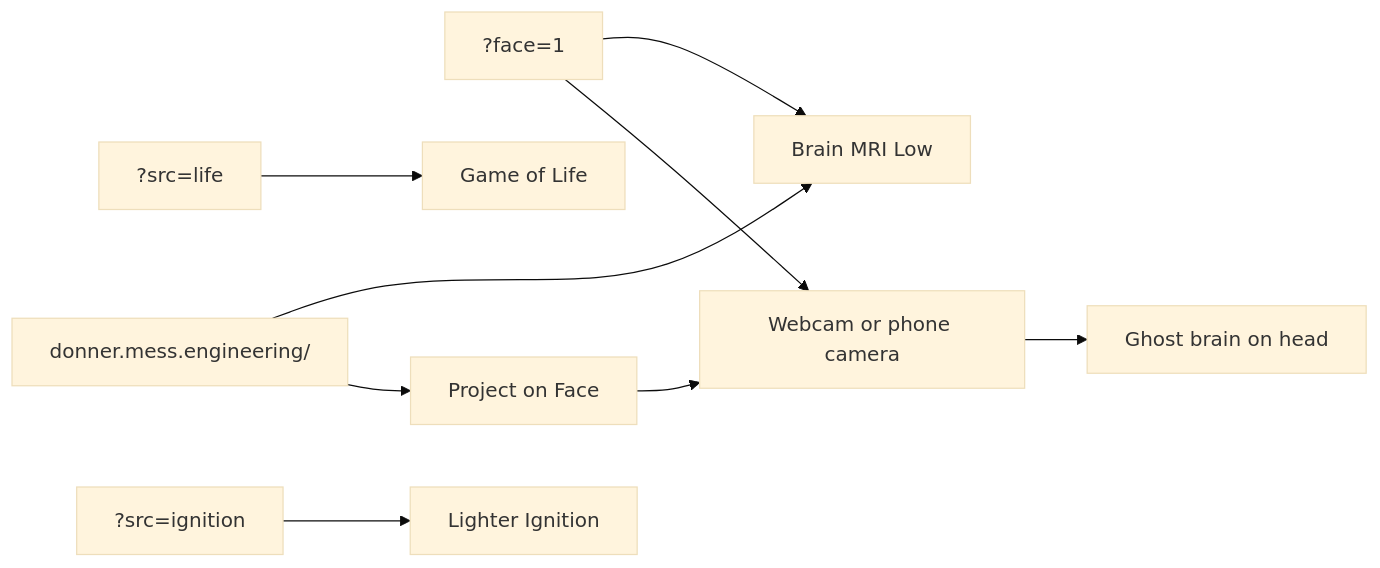
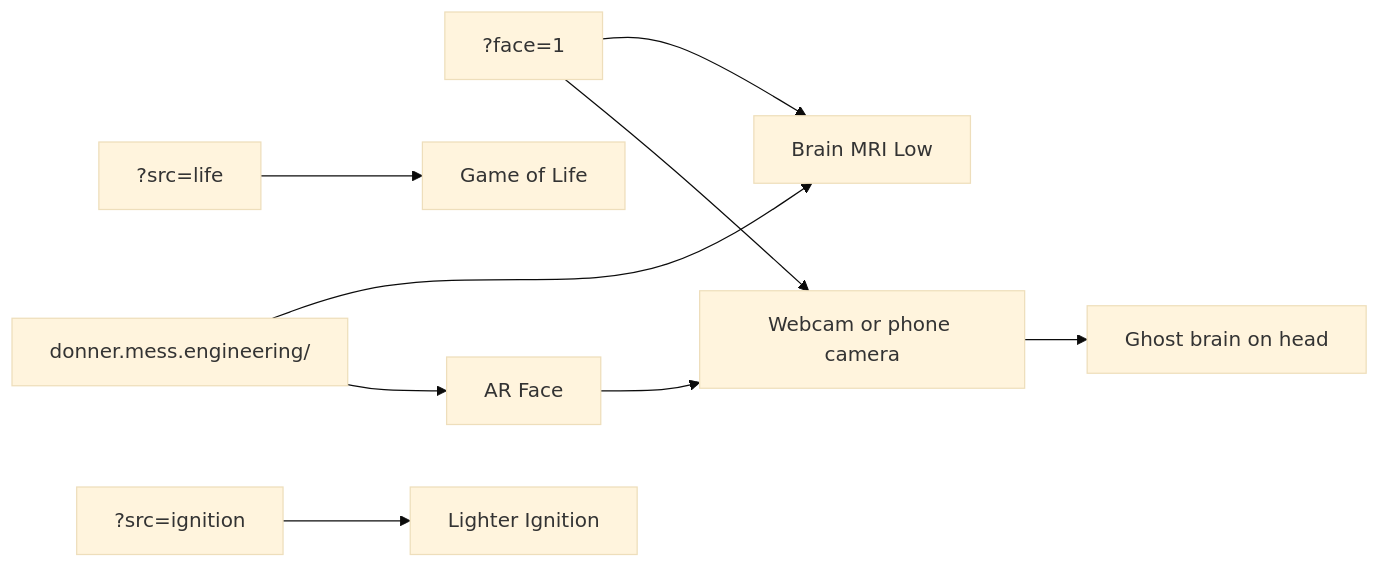
Before and after one commit to PiMaV/DONNER: the third of 4 diagrams in docs/welcome.md, drawn with Mermaid (base theme). The commit also changed other lines of this file and 41 other files, not shown here.

````diff
--- a/docs/welcome.md
+++ b/docs/welcome.md
@@ -106,20 +106,20 @@
 ```mermaid
 flowchart LR
   bare["donner.mess.engineering/"]
   life["?src=life"]
   ign["?src=ignition"]
   faceQ["?face=1"]
   brain[Brain MRI Low]
   gol[Game of Life]
   lighter[Lighter Ignition]
-  faceBtn[Project on Face]
+  faceBtn[AR Face]
   cam[Webcam or phone camera]
   bare --> brain
   bare --> faceBtn
   faceQ --> brain
   faceQ --> cam
   life --> gol
   ign --> lighter
   faceBtn --> cam
   cam --> overlay[Ghost brain on head]
 ```
````
